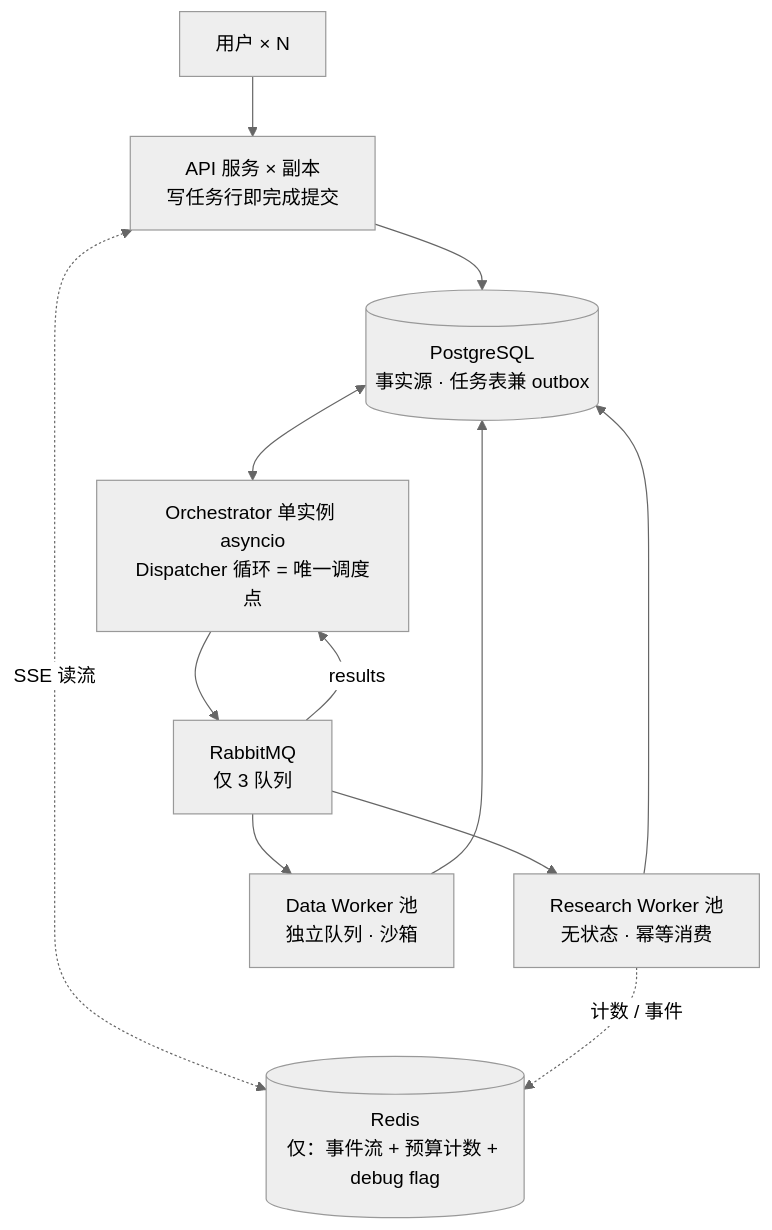
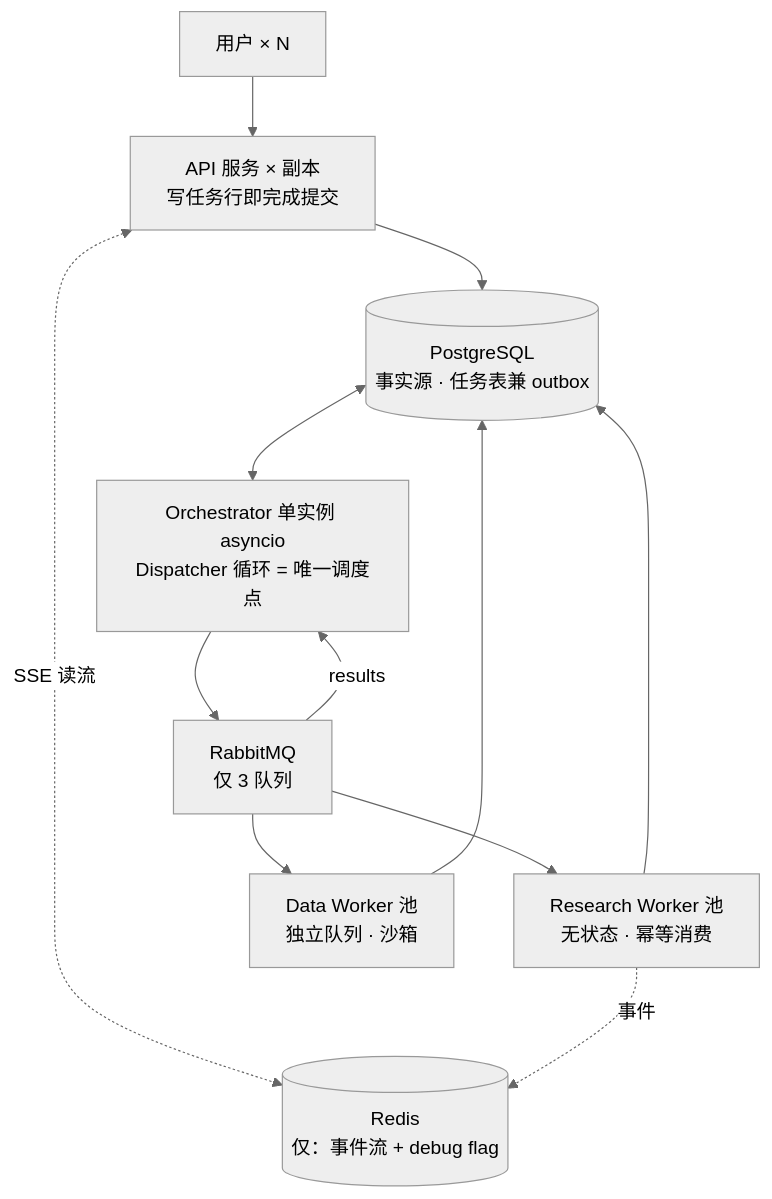
One commit to ecaps7/Prospector changed the sixth of 6 diagrams in docs/design.md. Above: the diagram before and after it, drawn with Mermaid (neutral theme). The commit also changed other lines of this file and 45 other files, not shown here.

````diff
--- a/docs/design.md
+++ b/docs/design.md
@@ -1112,14 +1104,14 @@
 ```mermaid
 flowchart TD
     U[用户 × N] --> API[API 服务 × 副本<br/>写任务行即完成提交]
     API --> PG[(PostgreSQL<br/>事实源 · 任务表兼 outbox)]
-    API <-. SSE 读流 .-> RD[(Redis<br/>仅：事件流 + 预算计数 + debug flag)]
+    API <-. SSE 读流 .-> RD[(Redis<br/>仅：事件流 + debug flag)]
     PG <--> ORC[Orchestrator 单实例 asyncio<br/>Dispatcher 循环 = 唯一调度点]
     ORC --> MQ[RabbitMQ<br/>仅 3 队列]
     MQ --> RW[Research Worker 池<br/>无状态 · 幂等消费]
     MQ --> DW[Data Worker 池<br/>独立队列 · 沙箱]
     RW --> PG
     DW --> PG
-    RW -. 计数 / 事件 .-> RD
+    RW -. 事件 .-> RD
     MQ -- results --> ORC
 ```
````
